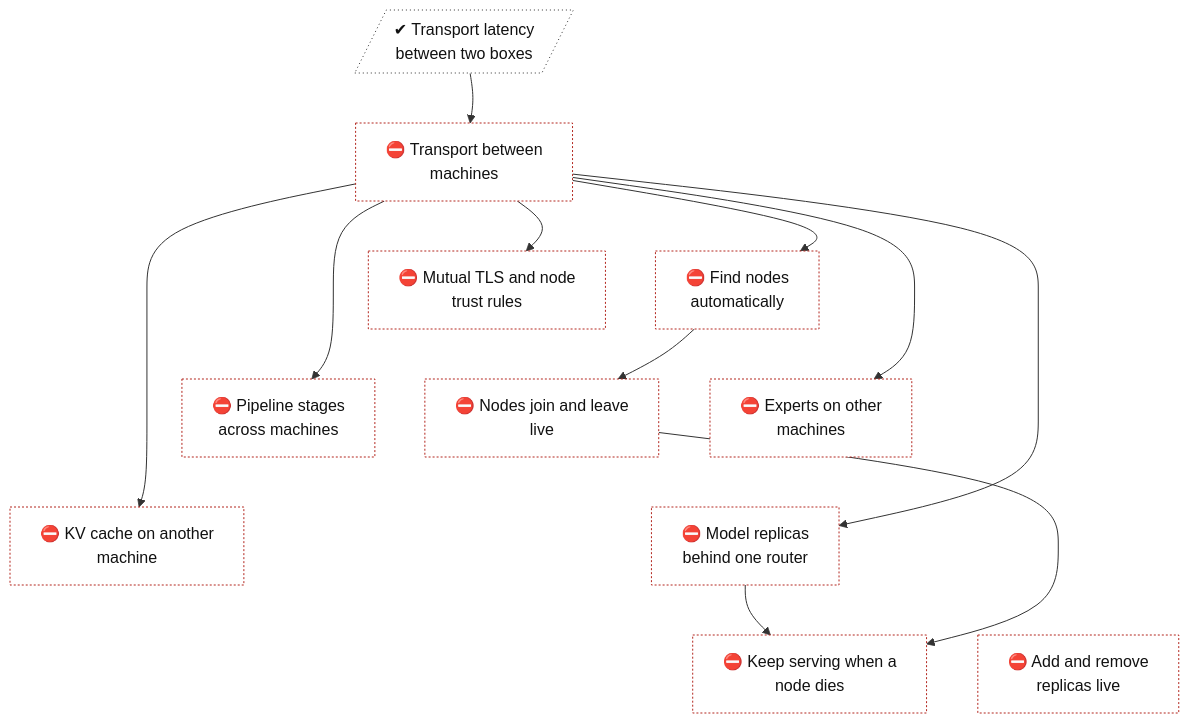
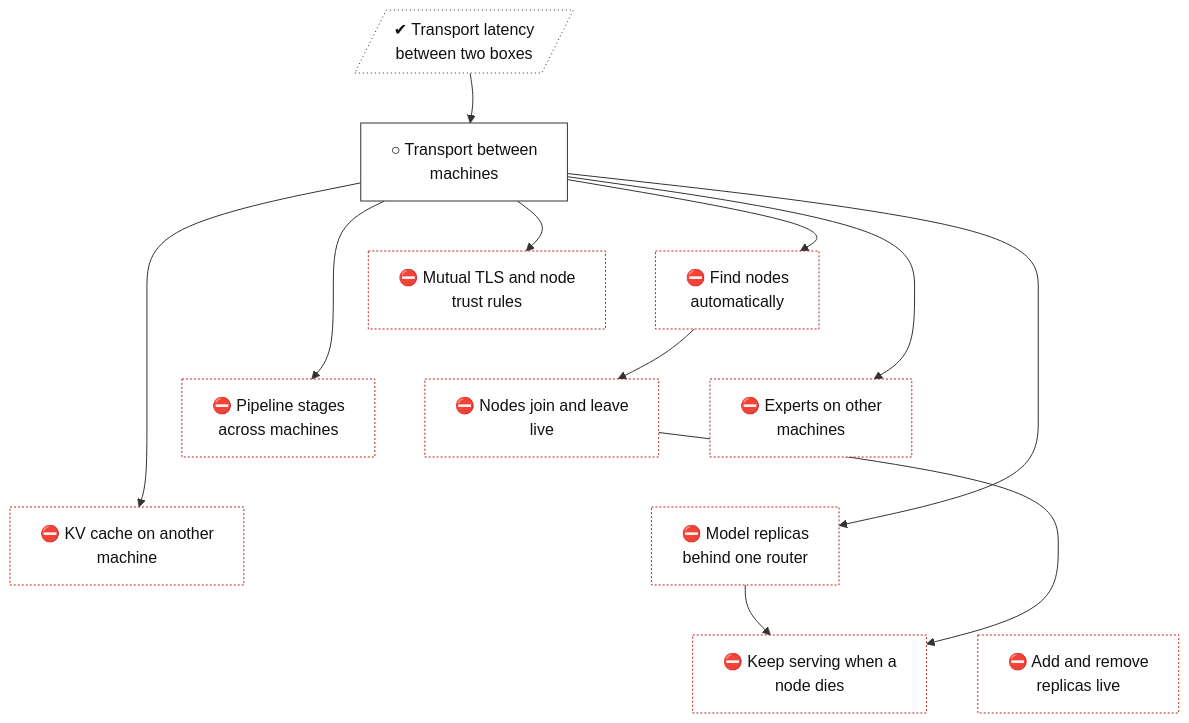
One commit to lhns/tetraeder changed the diagram in docs/roadmap/tracks/cluster.md. Above: the diagram before and after it, drawn with Mermaid. The commit also changed other lines of this file and 9 other files, not shown here.

````diff
--- a/docs/roadmap/tracks/cluster.md
+++ b/docs/roadmap/tracks/cluster.md
@@ -10,51 +10,52 @@
 ```mermaid
 flowchart TB
     cluster_transport_wan[/"✔ Transport latency<br/>between two boxes"/]
-    cluster_transport["⛔ Transport between<br/>machines"]
+    cluster_transport["○ Transport between<br/>machines"]
     cluster_mtls["⛔ Mutual TLS and node<br/>trust rules"]
     cluster_discovery["⛔ Find nodes<br/>automatically"]
     cluster_join_leave["⛔ Nodes join and leave<br/>live"]
     cluster_pipeline_nodes["⛔ Pipeline stages<br/>across machines"]
     cluster_experts_nodes["⛔ Experts on other<br/>machines"]
     cluster_remote_kv["⛔ KV cache on another<br/>machine"]
     cluster_replicas["⛔ Model replicas<br/>behind one router"]
     cluster_failover["⛔ Keep serving when a<br/>node dies"]
     cluster_replica_scaling["⛔ Add and remove<br/>replicas live"]
     cluster_transport_wan ~~~ cluster_transport
     cluster_transport ~~~ cluster_mtls
     cluster_transport ~~~ cluster_discovery
     cluster_mtls ~~~ cluster_join_leave
     cluster_discovery ~~~ cluster_pipeline_nodes
     cluster_discovery ~~~ cluster_experts_nodes
     cluster_join_leave ~~~ cluster_remote_kv
     cluster_pipeline_nodes ~~~ cluster_replicas
     cluster_experts_nodes ~~~ cluster_replicas
     cluster_remote_kv ~~~ cluster_failover
     cluster_replicas ~~~ cluster_replica_scaling
     cluster_transport_wan --> cluster_transport
     cluster_transport --> cluster_mtls
     cluster_transport --> cluster_discovery
     cluster_discovery --> cluster_join_leave
     cluster_transport --> cluster_pipeline_nodes
     cluster_transport --> cluster_experts_nodes
     cluster_transport --> cluster_remote_kv
     cluster_transport --> cluster_replicas
     cluster_replicas --> cluster_failover
     cluster_join_leave --> cluster_failover
     classDef vsucc fill:#2e9e4f,stroke:#1b6b34,color:#fff
     classDef succ fill:#bfe8c8,stroke:#2e9e4f,color:#111
     classDef mixed fill:#ffd37a,stroke:#c98a00,color:#111
     classDef bad fill:#f28b82,stroke:#b3261e,color:#111
     classDef dead fill:#e6e6e6,stroke:#777,stroke-dasharray:5 5,color:#555
     classDef inprog fill:#a8cdf5,stroke:#1f6fc5,color:#111
     classDef next fill:#fff,stroke:#333,color:#111
     classDef blocked fill:#fff,stroke:#b3261e,stroke-dasharray:2 2,color:#111
     classDef parked fill:#f3f3f3,stroke:#999,color:#555
     classDef unrated fill:#fff,stroke:#333,stroke-dasharray:1 3,color:#111
     classDef gate fill:#d9c2f0,stroke:#7b3fb5,color:#111
     classDef decided fill:#ece0f7,stroke:#7b3fb5,stroke-dasharray:2 2,color:#111
     classDef finding fill:#ffe0b2,stroke:#d84315,stroke-width:2px,color:#111
     classDef waiting fill:#e3f2fd,stroke:#1f6fc5,stroke-dasharray:5 5,color:#111
     class cluster_transport_wan unrated
-    class cluster_transport,cluster_mtls,cluster_discovery,cluster_join_leave,cluster_pipeline_nodes,cluster_experts_nodes,cluster_remote_kv,cluster_replicas,cluster_failover,cluster_replica_scaling blocked
+    class cluster_transport next
+    class cluster_mtls,cluster_discovery,cluster_join_leave,cluster_pipeline_nodes,cluster_experts_nodes,cluster_remote_kv,cluster_replicas,cluster_failover,cluster_replica_scaling blocked
 ```
````
